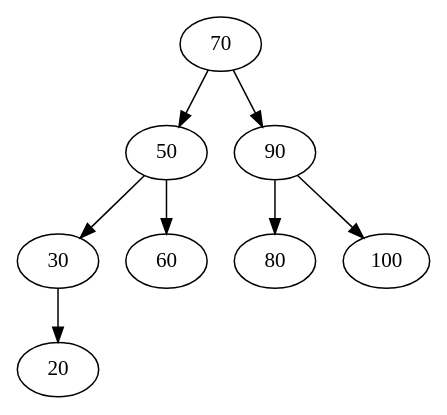
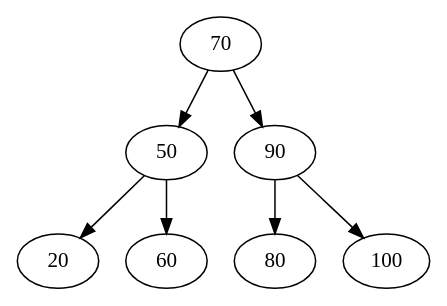
One commit to miray-mustafov/DSA changed the diagram in data_structures/tree/binary_search_tree/Digraph.gv. Above: the diagram before and after it, drawn with Graphviz. The commit also changed 8 other files, not shown here.

```diff
--- a/data_structures/tree/binary_search_tree/Digraph.gv
+++ b/data_structures/tree/binary_search_tree/Digraph.gv
@@ -1,17 +1,15 @@
 digraph {
 	70
 	70 -> 50
 	50
-	50 -> 30
-	30
-	30 -> 20
+	50 -> 20
 	20
 	50 -> 60
 	60
 	70 -> 90
 	90
 	90 -> 80
 	80
 	90 -> 100
 	100
 }
```
